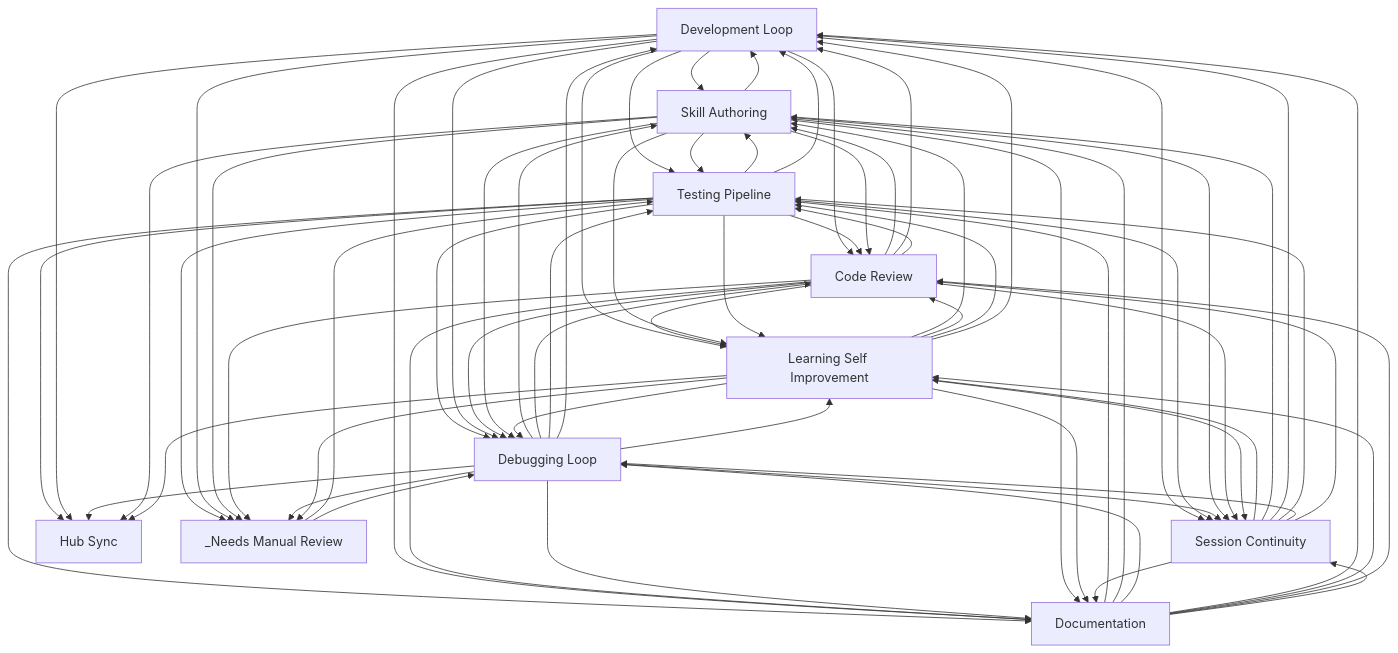
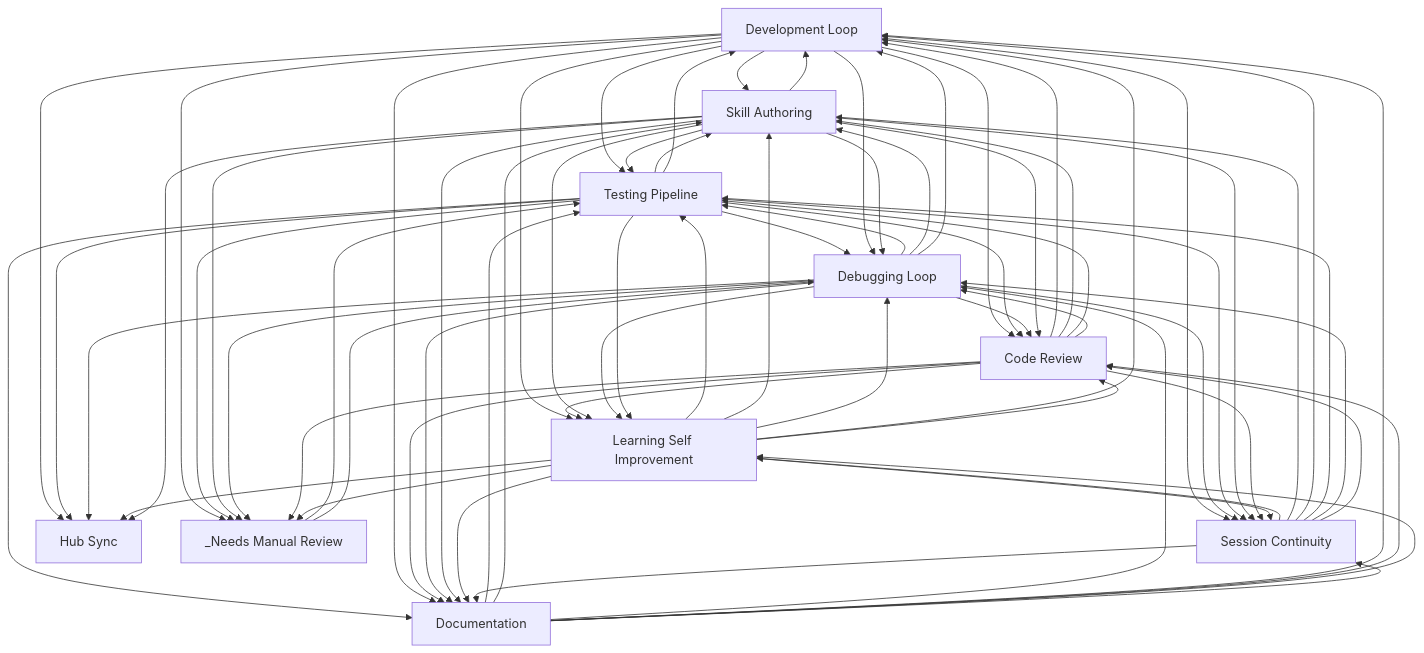
Before and after one commit to abhayla/claude-best-practices: the diagram in docs/workflows/INDEX.md, drawn with Mermaid. The commit also changed other lines of this file and 12 other files, not shown here.

````diff
--- a/docs/workflows/INDEX.md
+++ b/docs/workflows/INDEX.md
@@ -22,82 +22,82 @@
 ```mermaid
 graph TD
     development_loop[Development Loop]
     testing_pipeline[Testing Pipeline]
     debugging_loop[Debugging Loop]
     learning_self_improvement[Learning Self Improvement]
     session_continuity[Session Continuity]
     skill_authoring[Skill Authoring]
     code_review[Code Review]
     documentation[Documentation]
     hub_sync[Hub Sync]
     _needs_manual_review[_Needs Manual Review]
     documentation --> testing_pipeline
     documentation --> skill_authoring
     development_loop --> skill_authoring
     development_loop --> code_review
+    code_review --> development_loop
     code_review --> skill_authoring
-    code_review --> development_loop
+    development_loop --> testing_pipeline
     development_loop --> learning_self_improvement
-    development_loop --> testing_pipeline
+    code_review --> testing_pipeline
     code_review --> learning_self_improvement
-    code_review --> testing_pipeline
     testing_pipeline --> skill_authoring
     skill_authoring --> testing_pipeline
+    testing_pipeline --> debugging_loop
+    testing_pipeline --> development_loop
     testing_pipeline --> code_review
-    testing_pipeline --> development_loop
-    testing_pipeline --> debugging_loop
     testing_pipeline --> documentation
+    debugging_loop --> testing_pipeline
     debugging_loop --> skill_authoring
+    debugging_loop --> development_loop
     debugging_loop --> code_review
-    debugging_loop --> testing_pipeline
-    debugging_loop --> development_loop
     development_loop --> debugging_loop
     development_loop --> documentation
     skill_authoring --> development_loop
     skill_authoring --> code_review
     skill_authoring --> learning_self_improvement
+    development_loop --> _needs_manual_review
     testing_pipeline --> _needs_manual_review
-    development_loop --> _needs_manual_review
     code_review --> debugging_loop
+    documentation --> debugging_loop
+    documentation --> development_loop
+    documentation --> code_review
     code_review --> documentation
     development_loop --> session_continuity
     session_continuity --> learning_self_improvement
     _needs_manual_review --> testing_pipeline
+    debugging_loop --> session_continuity
+    debugging_loop --> learning_self_improvement
+    testing_pipeline --> session_continuity
     testing_pipeline --> learning_self_improvement
-    testing_pipeline --> session_continuity
-    debugging_loop --> learning_self_improvement
-    debugging_loop --> session_continuity
     debugging_loop --> documentation
+    documentation --> learning_self_improvement
     skill_authoring --> session_continuity
     skill_authoring --> debugging_loop
     _needs_manual_review --> debugging_loop
+    learning_self_improvement --> testing_pipeline
     learning_self_improvement --> skill_authoring
+    learning_self_improvement --> debugging_loop
+    learning_self_improvement --> development_loop
     learning_self_improvement --> code_review
-    learning_self_improvement --> testing_pipeline
-    learning_self_improvement --> development_loop
-    learning_self_improvement --> debugging_loop
     skill_authoring --> _needs_manual_review
+    debugging_loop --> _needs_manual_review
     code_review --> _needs_manual_review
-    debugging_loop --> _needs_manual_review
     skill_authoring --> documentation
     code_review --> session_continuity
     learning_self_improvement --> session_continuity
     session_continuity --> skill_authoring
     session_continuity --> development_loop
     session_continuity --> testing_pipeline
     session_continuity --> debugging_loop
+    learning_self_improvement --> documentation
+    development_loop --> hub_sync
     testing_pipeline --> hub_sync
-    development_loop --> hub_sync
     debugging_loop --> hub_sync
+    learning_self_improvement --> hub_sync
     skill_authoring --> hub_sync
-    learning_self_improvement --> hub_sync
     learning_self_improvement --> _needs_manual_review
-    documentation --> debugging_loop
-    documentation --> development_loop
-    documentation --> learning_self_improvement
-    learning_self_improvement --> documentation
+    session_continuity --> code_review
     session_continuity --> documentation
-    session_continuity --> code_review
-    documentation --> code_review
     documentation --> session_continuity
 ```
````
